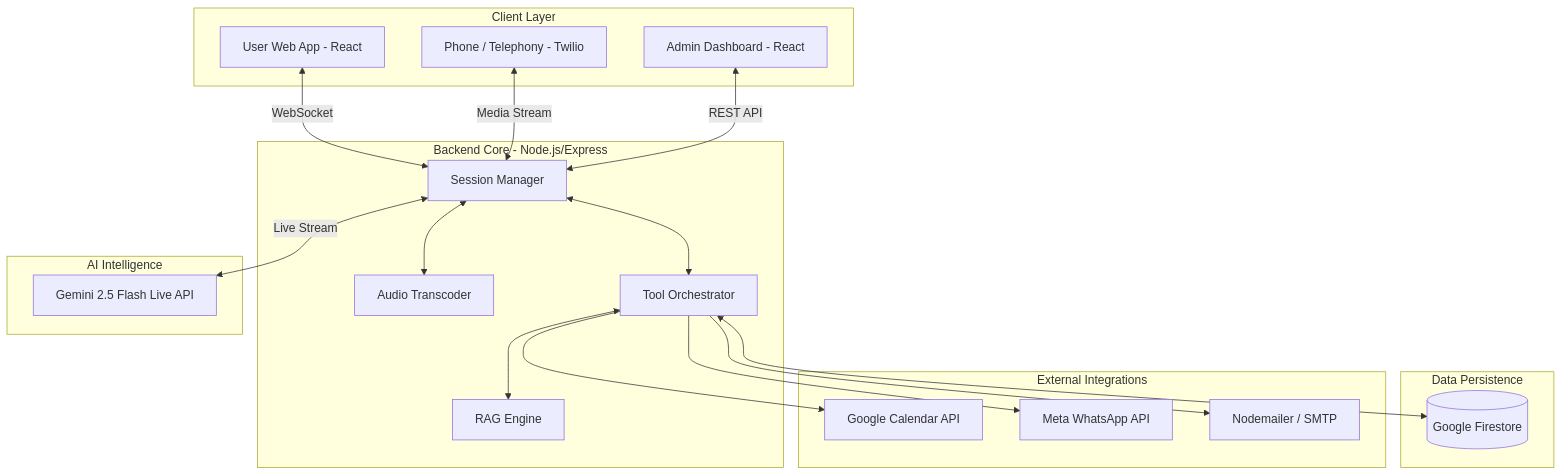
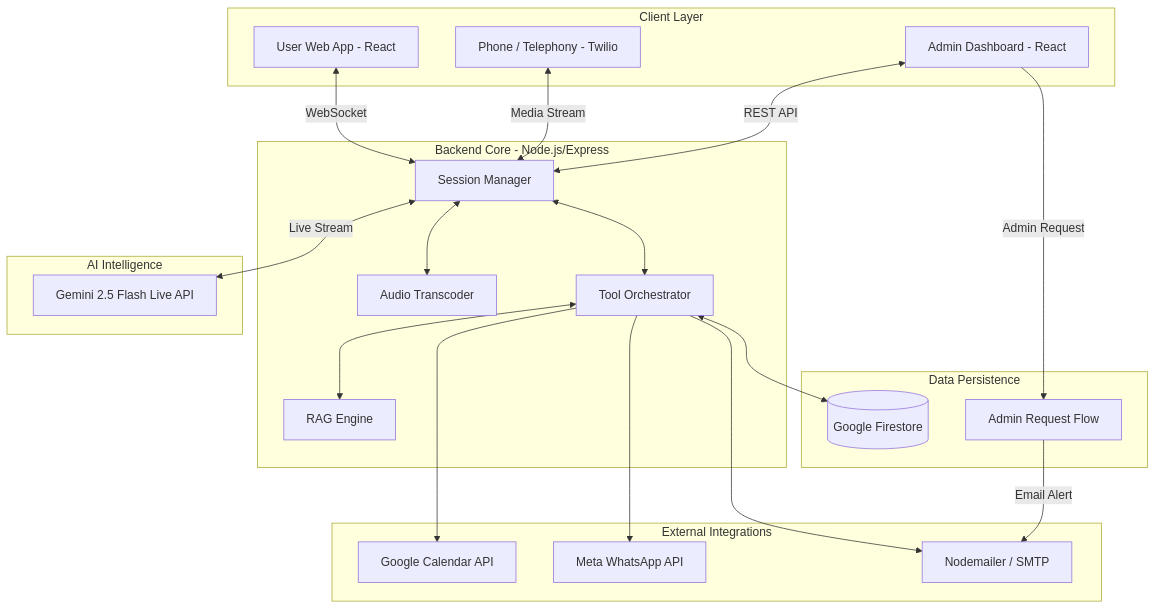
Before and after one commit to Drisatech/Drisa_AI-Multilingual-Support-Agent: the diagram in README.md, drawn with Mermaid. The commit also changed other lines of this file and 10 other files, not shown here.

First line of the commit message:
feat: Implement Admin Request Flow for user access

````diff
--- a/README.md
+++ b/README.md
@@ -25,44 +25,48 @@
 ```mermaid
 graph TD
     subgraph Client_Layer [Client Layer]
         A[User Web App - React]
         B[Admin Dashboard - React]
         C[Phone / Telephony - Twilio]
     end
 
     subgraph Backend_Core [Backend Core - Node.js/Express]
         D[Session Manager]
         E[Audio Transcoder]
         F[Tool Orchestrator]
         G[RAG Engine]
     end
 
     subgraph AI_Intelligence [AI Intelligence]
         H[Gemini 2.5 Flash Live API]
     end
 
     subgraph Data_Persistence [Data Persistence]
         I[(Google Firestore)]
+        M[Admin Request Flow]
     end
 
     subgraph External_Integrations [External Integrations]
         J[Google Calendar API]
         K[Meta WhatsApp API]
         L[Nodemailer / SMTP]
     end
 
     A <-->|WebSocket| D
     C <-->|Media Stream| D
     B <-->|REST API| D
     
     D <--> E
     D <--> F
     F <--> G
     
     D <-->|Live Stream| H
     F <--> I
     
     F --> J
     F --> K
     F --> L
+
+    B -->|Admin Request| M
+    M -->|Email Alert| L
 ```
````
